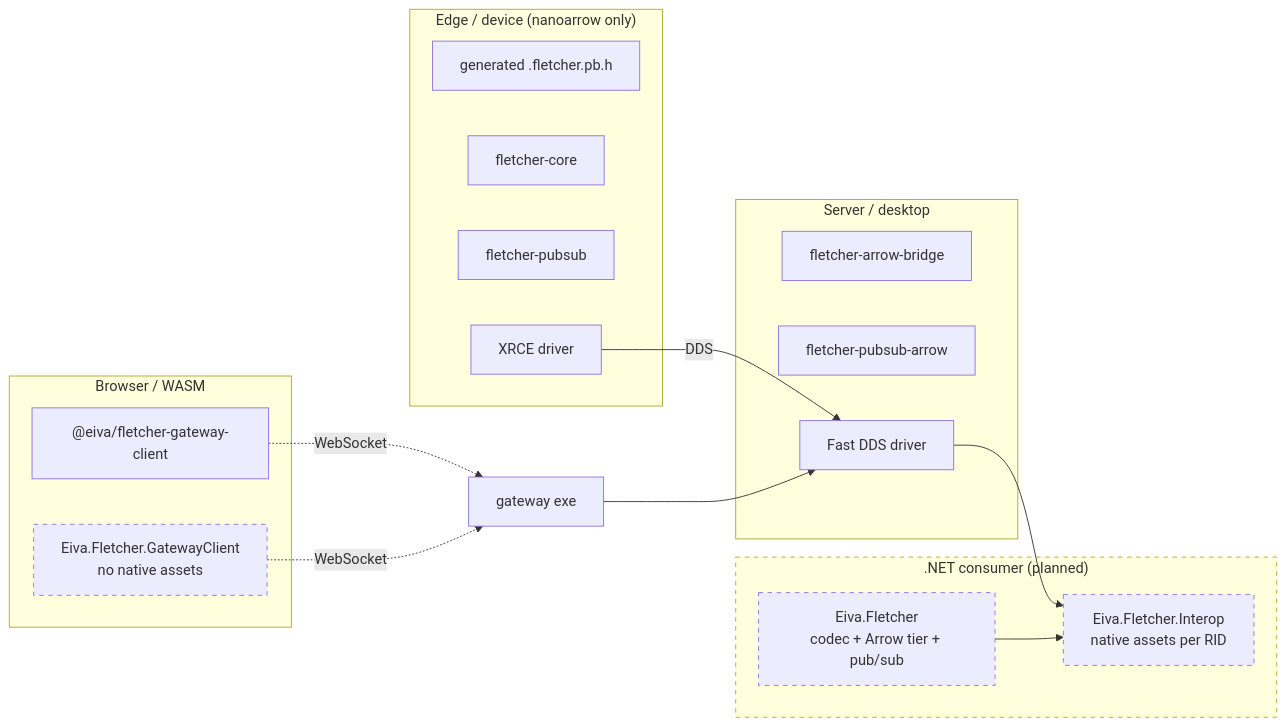
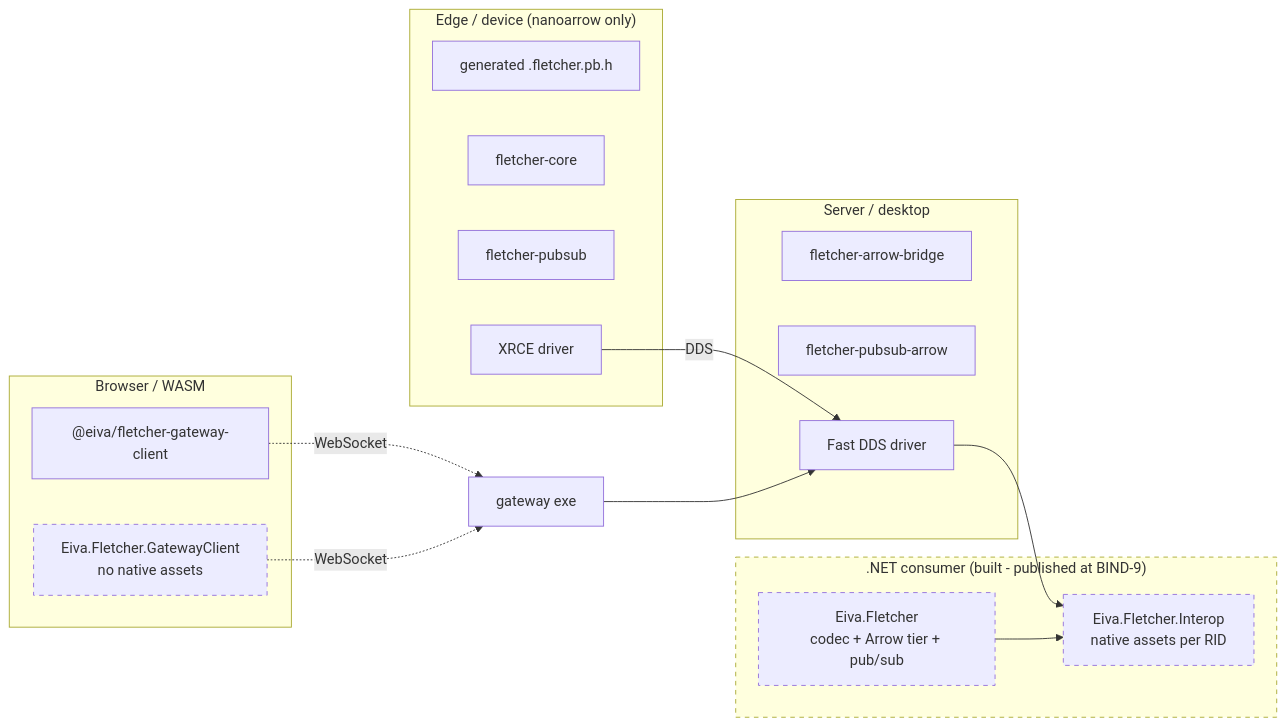
The ninth of 9 diagrams in plans/BIND-architecture-diagrams.md (eivacom/Fletcher), drawn with Mermaid before and after one commit. The commit also changed other lines of this file and 5 other files, not shown here.

````diff
--- a/plans/BIND-architecture-diagrams.md
+++ b/plans/BIND-architecture-diagrams.md
@@ -490,32 +521,32 @@
 ```mermaid
 flowchart LR
     subgraph edge["Edge / device (nanoarrow only)"]
         E1["generated .fletcher.pb.h"]
         E2["fletcher-core"]
         E3["fletcher-pubsub"]
         E4["XRCE driver"]
     end
     subgraph server["Server / desktop"]
         S1["fletcher-arrow-bridge"]
         S2["fletcher-pubsub-arrow"]
         S3["Fast DDS driver"]
     end
-    subgraph dotnet[".NET consumer (planned)"]
+    subgraph dotnet[".NET consumer (built - published at BIND-9)"]
         D1["Eiva.Fletcher<br/>codec + Arrow tier + pub/sub"]
         D2["Eiva.Fletcher.Interop<br/>native assets per RID"]
     end
     subgraph browser["Browser / WASM"]
         B1["@eiva/fletcher-gateway-client"]
         B2["Eiva.Fletcher.GatewayClient<br/>no native assets"]
     end
 
     E4 -->|DDS| S3
     S3 --> D2
     D1 --> D2
     B1 -.->|WebSocket| GW["gateway exe"]
     B2 -.->|WebSocket| GW
     GW --> S3
 
     classDef planned stroke-dasharray: 5 5
     class dotnet,D1,D2,B2 planned
 ```
````
